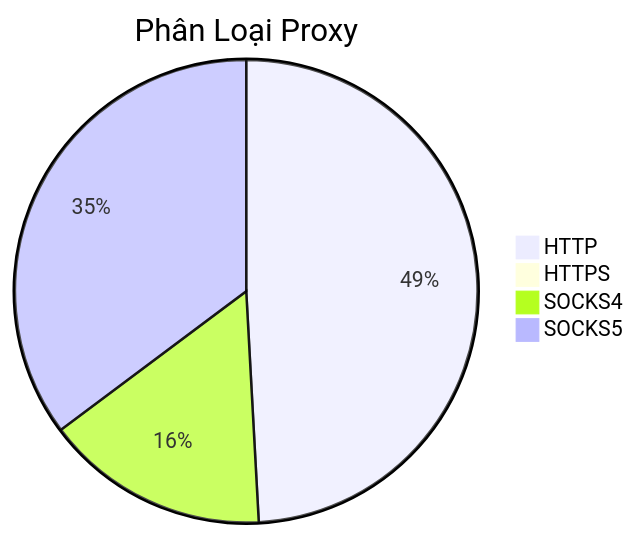
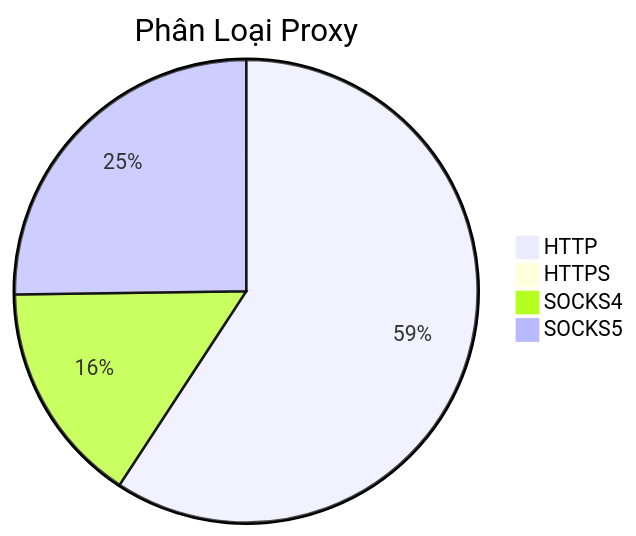
One commit to Ciara-12/PROXY-free changed the diagram in README.md. Above: the diagram before and after it, drawn with Mermaid. The commit also changed other lines of this file and 4 other files, not shown here.

````diff
--- a/README.md
+++ b/README.md
@@ -26,7 +26,7 @@
 ```mermaid
 pie title Phân Loại Proxy
-    "HTTP" : 967
-    "HTTPS" : 2
-    "SOCKS4" : 308
-    "SOCKS5" : 693
+    "HTTP" : 1317
+    "HTTPS" : 1
+    "SOCKS4" : 346
+    "SOCKS5" : 561
 ```
````
